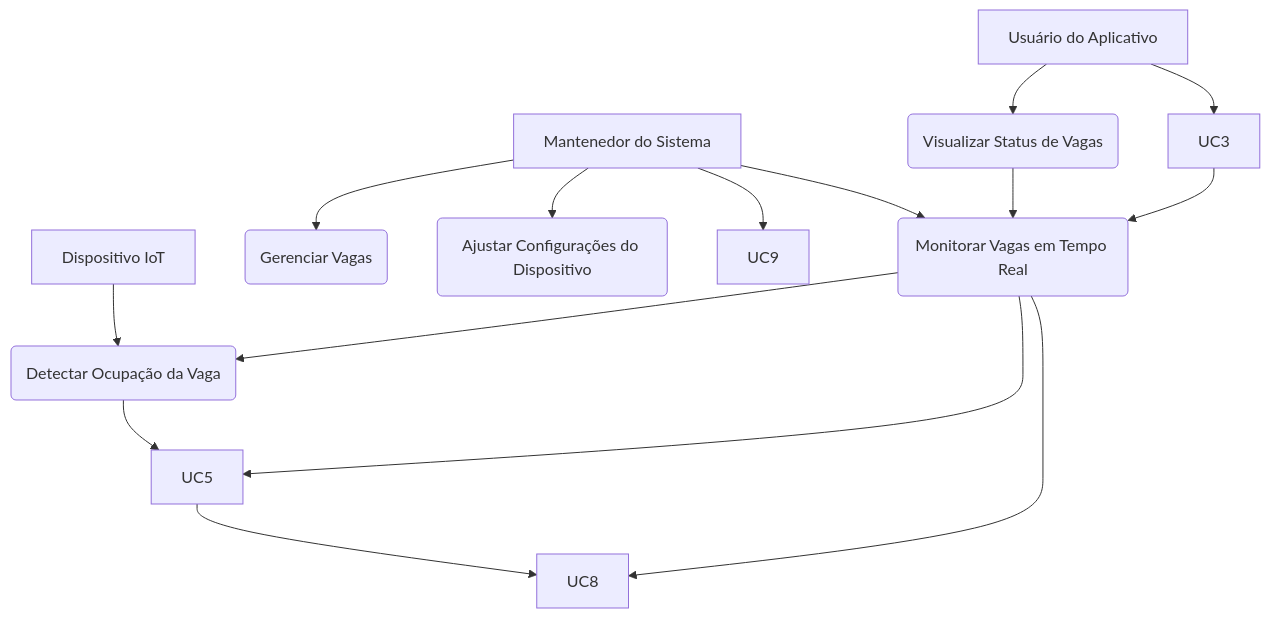
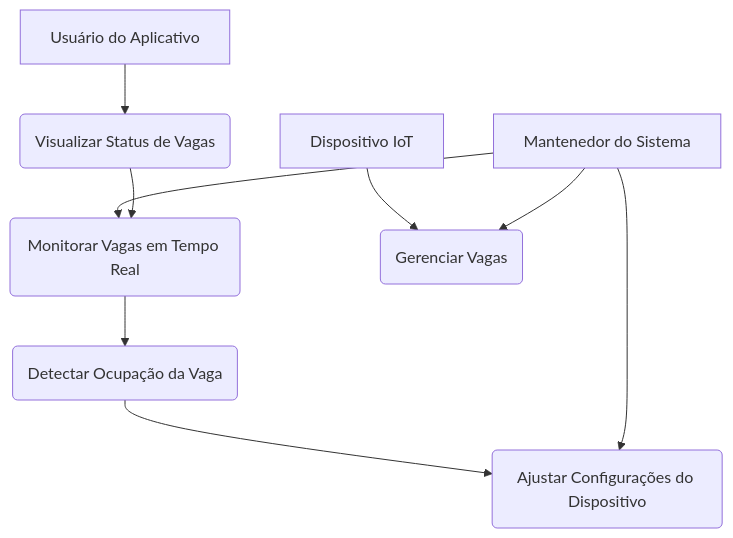
The diagram in README.md (yca-git/Smart-Space-Parking), drawn with Mermaid before and after one commit.

Commit message:
Reorganize use case definitions and relationships

````diff
--- a/README.md
+++ b/README.md
@@ -61,35 +61,29 @@
 ```mermaid
 graph TD
 
     %% Definindo Atores como nós simples
     User[Usuário do Aplicativo]
     Admin[Mantenedor do Sistema]
     IoTDevice[Dispositivo IoT]
 
     %% Definindo os Casos de Uso
     UC1(Monitorar Vagas em Tempo Real)
     UC2(Visualizar Status de Vagas)
-    UC4(Detectar Ocupação da Vaga)
-    UC6(Gerenciar Vagas)
-    UC7(Ajustar Configurações do Dispositivo)
+    UC3(Detectar Ocupação da Vaga)
+    UC4(Gerenciar Vagas)
+    UC5(Ajustar Configurações do Dispositivo)
 
     %% Relacionamentos
     User --> UC2
-    User --> UC3
 
     IoTDevice --> UC4
-    UC4 --> UC5
-    UC5 --> UC8
+    UC3 --> UC5
 
-    Admin --> UC6
-    Admin --> UC7
-    Admin --> UC9
+    Admin --> UC4
+    Admin --> UC5
     Admin --> UC1
 
     %% Inclusões (usando setas normais para maior compatibilidade)
-    UC1 --> UC4
-    UC1 --> UC5
-    UC1 --> UC8
+    UC1 --> UC3
     UC2 --> UC1
-    UC3 --> UC1
 ```
````
